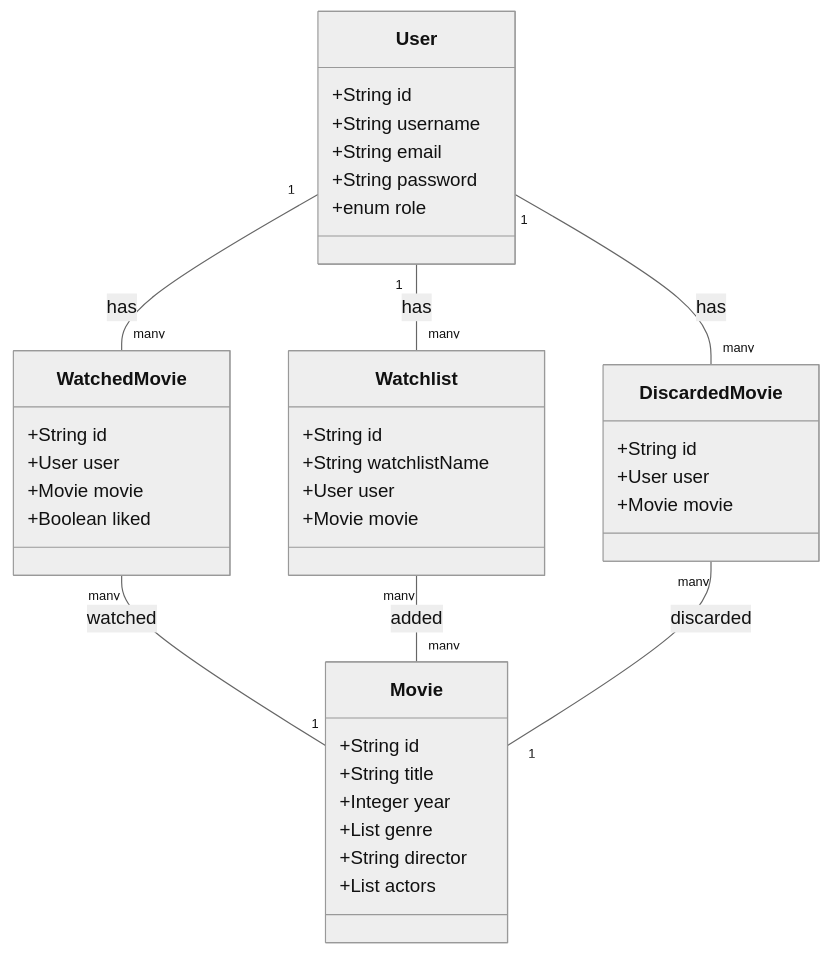
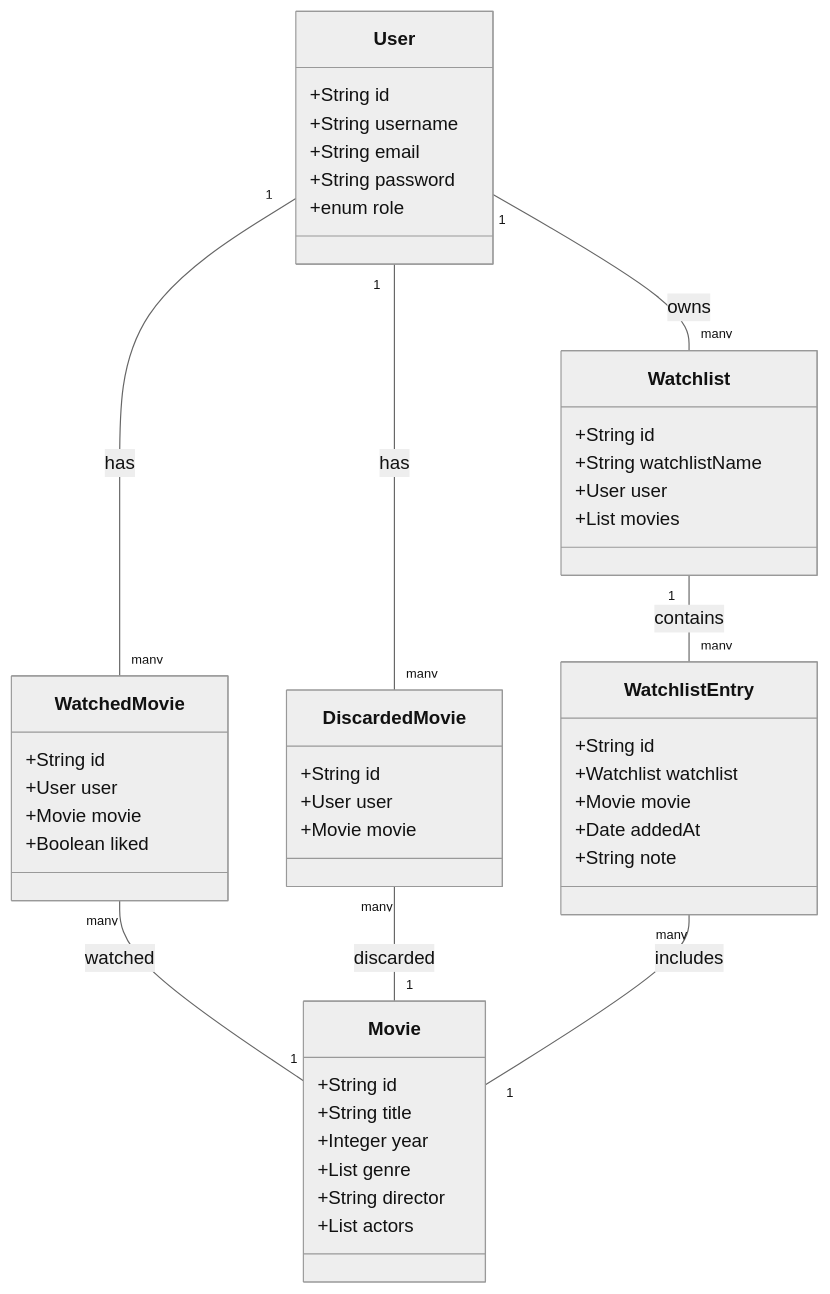
One commit to AlberteMB/FilmAdvisor changed the diagram in src/main/resources/UML.md. Above: the diagram before and after it, drawn with Mermaid (neutral theme). The commit also changed 5 other files, not shown here.

Commit message:
Adding WatchlistEntry as join entity

````diff
--- a/src/main/resources/UML.md
+++ b/src/main/resources/UML.md
@@ -1,48 +1,57 @@
 ```mermaid
 classDiagram
     class User {
         +String id
         +String username
         +String email
         +String password
         +enum role
     }
 
     class Movie {
         +String id
         +String title
         +Integer year
         +List<String> genre
         +String director
         +List<String> actors
     }
 
     class WatchedMovie {
         +String id
         +User user
         +Movie movie
         +Boolean liked
     }
 
     class Watchlist {
         +String id
         +String watchlistName
         +User user
+        +List<Movie> movies
+    }
+
+    class WatchlistEntry {
+        +String id
+        +Watchlist watchlist
         +Movie movie
+        +Date addedAt
+        +String note
     }
 
     class DiscardedMovie {
         +String id
         +User user
         +Movie movie
     }
 
     %% Relaciones
     User "1" -- "many" WatchedMovie : has
-    User "1" -- "many" Watchlist : has
     User "1" -- "many" DiscardedMovie : has
     WatchedMovie "many" -- "1" Movie : watched
-    Watchlist "many" -- "many" Movie : added
     DiscardedMovie "many" -- "1" Movie : discarded
+    User "1" -- "many" Watchlist : owns
+    Watchlist "1" -- "many" WatchlistEntry : contains
+    WatchlistEntry "many" -- "1" Movie : includes
 
 ```
````
